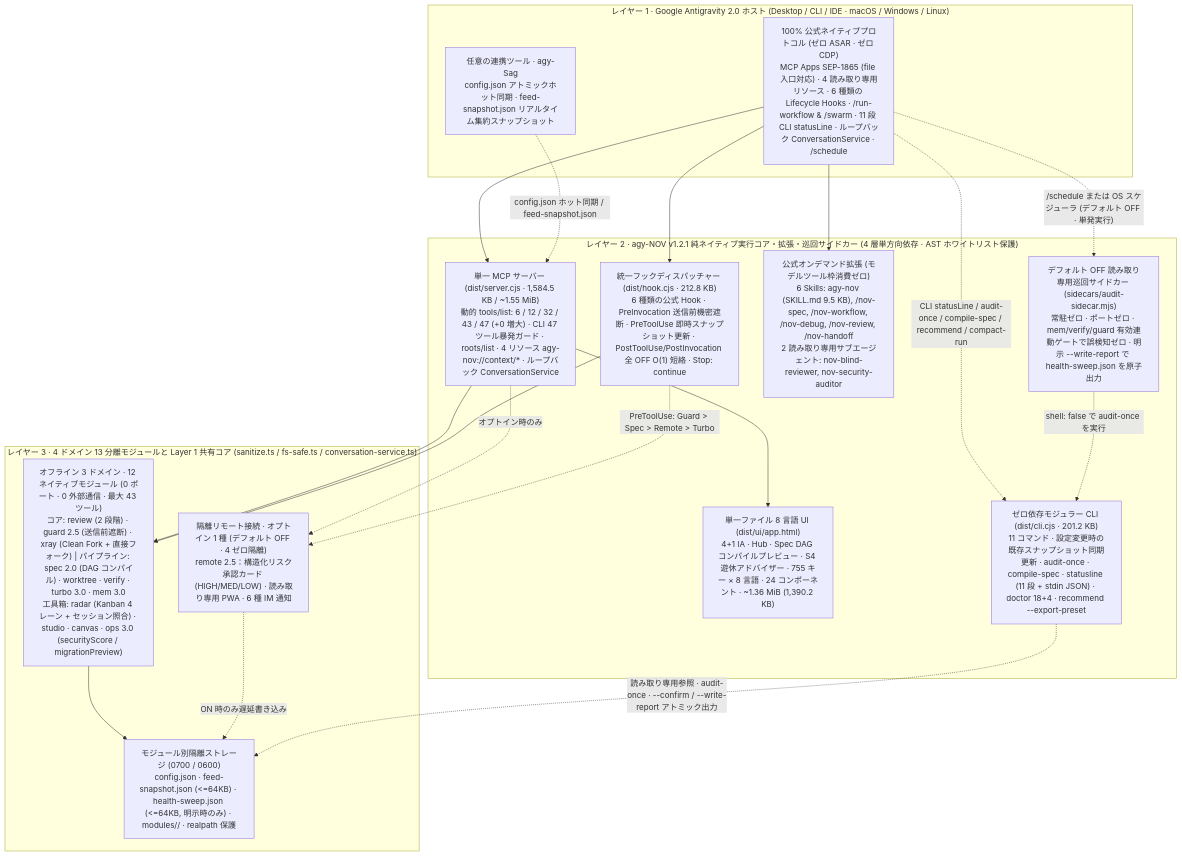
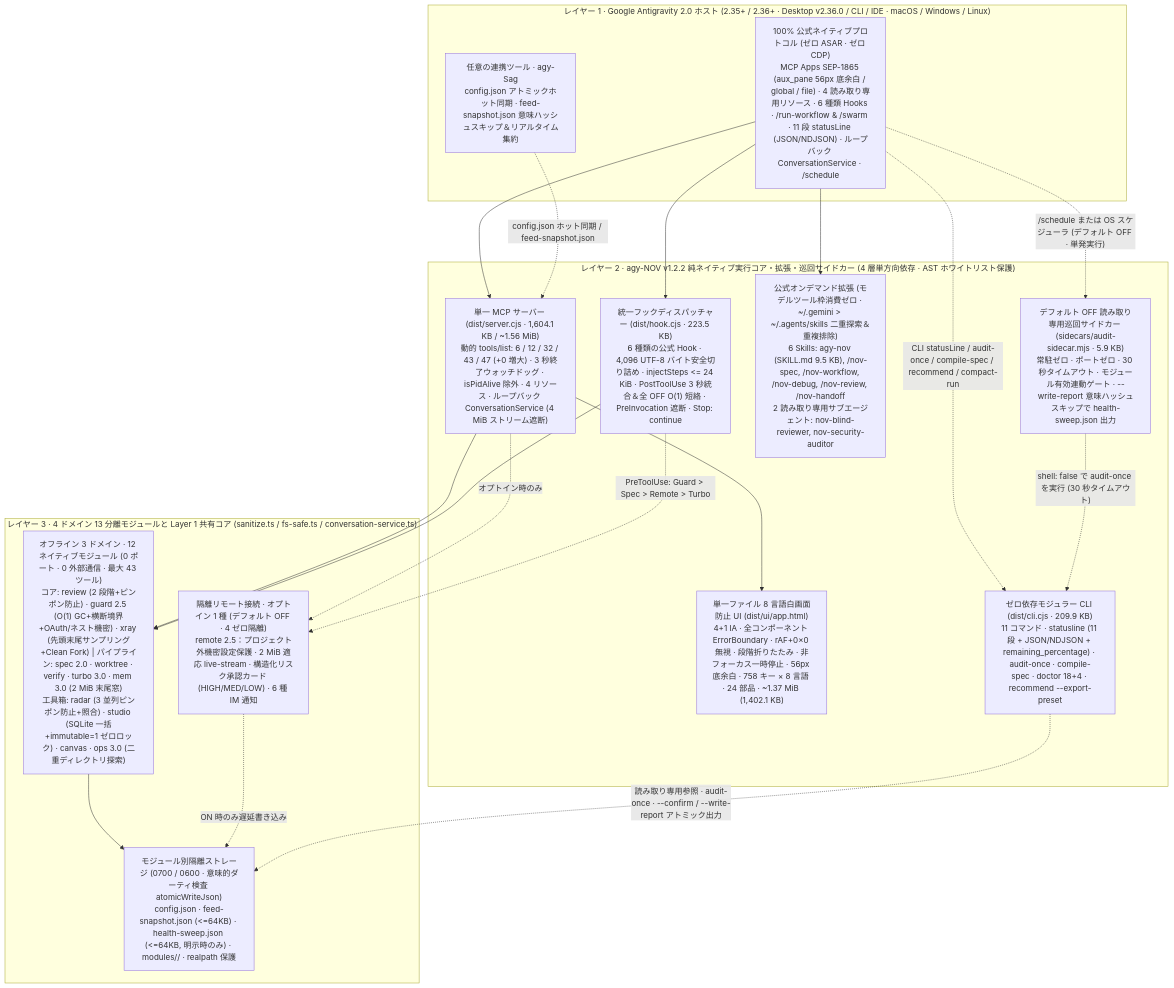
One commit to tone-leh/agy-NOV changed the diagram in docs/i18n/README.ja.md. Above: the diagram before and after it, drawn with Mermaid. The commit also changed other lines of this file and 96 other files, not shown here.

Commit message:
feat(v1.2.2): extreme-load stability hardening, write-storm suppression & Antigravity v2.36.0 compatibility

````diff
--- a/docs/i18n/README.ja.md
+++ b/docs/i18n/README.ja.md
@@ -268,38 +280,38 @@
 ```mermaid
 flowchart TB
-  subgraph L1["レイヤー 1 · Google Antigravity 2.0 ホスト (Desktop / CLI / IDE · macOS / Windows / Linux)"]
-    Host["100% 公式ネイティブプロトコル (ゼロ ASAR · ゼロ CDP)\nMCP Apps SEP-1865 (file 入口対応) · 4 読み取り専用リソース · 6 種類の Lifecycle Hooks · /run-workflow & /swarm · 11 段 CLI statusLine · ループバック ConversationService · /schedule"]
-    Sag["任意の連携ツール · agy-Sag\nconfig.json アトミックホット同期 · feed-snapshot.json リアルタイム集約スナップショット"]
+  subgraph L1["レイヤー 1 · Google Antigravity 2.0 ホスト (2.35+ / 2.36+ · Desktop v2.36.0 / CLI / IDE · macOS / Windows / Linux)"]
+    Host["100% 公式ネイティブプロトコル (ゼロ ASAR · ゼロ CDP)\nMCP Apps SEP-1865 (aux_pane 56px 底余白 / global / file) · 4 読み取り専用リソース · 6 種類 Hooks · /run-workflow & /swarm · 11 段 statusLine (JSON/NDJSON) · ループバック ConversationService · /schedule"]
+    Sag["任意の連携ツール · agy-Sag\nconfig.json アトミックホット同期 · feed-snapshot.json 意味ハッシュスキップ＆リアルタイム集約"]
   end
 
-  subgraph L2["レイヤー 2 · agy-NOV v1.2.1 純ネイティブ実行コア・拡張・巡回サイドカー (4 層単方向依存 · AST ホワイトリスト保護)"]
-    MCP["単一 MCP サーバー (dist/server.cjs · 1,584.5 KB / ~1.55 MiB)\n動的 tools/list: 6 / 12 / 32 / 43 / 47 (+0 増大) · CLI 47 ツール暴発ガード · roots/list · 4 リソース agy-nov://context/* · ループバック ConversationService"]
-    Hook["統一フックディスパッチャー (dist/hook.cjs · 212.8 KB)\n6 種類の公式 Hook · PreInvocation 送信前機密遮断 · PreToolUse 即時スナップショット更新 · PostToolUse/PostInvocation 全 OFF O(1) 短絡 · Stop: continue"]
-    UI["単一ファイル 8 言語 UI (dist/ui/app.html)\n4+1 IA · Hub · Spec DAG コンパイルプレビュー · S4 遊休アドバイザー · 755 キー × 8 言語 · 24 コンポーネント · ~1.36 MiB (1,390.2 KB)"]
-    Ext["公式オンデマンド拡張 (モデルツール枠消費ゼロ)\n6 Skills: agy-nov (SKILL.md 9.5 KB), /nov-spec, /nov-workflow, /nov-debug, /nov-review, /nov-handoff\n2 読み取り専用サブエージェント: nov-blind-reviewer, nov-security-auditor"]
-    CLI["ゼロ依存モジュラー CLI (dist/cli.cjs · 201.2 KB)\n11 コマンド · 設定変更時の既存スナップショット同期更新 · audit-once · compile-spec · statusline (11 段 + stdin JSON) · doctor 18+4 · recommend --export-preset"]
-    Sidecar["デフォルト OFF 読み取り専用巡回サイドカー (sidecars/audit-sidecar.mjs)\n常駐ゼロ · ポートゼロ · mem/verify/guard 有効連動ゲートで誤検知ゼロ · 明示 --write-report で health-sweep.json を原子出力"]
+  subgraph L2["レイヤー 2 · agy-NOV v1.2.2 純ネイティブ実行コア・拡張・巡回サイドカー (4 層単方向依存 · AST ホワイトリスト保護)"]
+    MCP["単一 MCP サーバー (dist/server.cjs · 1,604.1 KB / ~1.56 MiB)\n動的 tools/list: 6 / 12 / 32 / 43 / 47 (+0 増大) · 3 秒終了ウォッチドッグ · isPidAlive 除外 · 4 リソース · ループバック ConversationService (4 MiB ストリーム遮断)"]
+    Hook["統一フックディスパッチャー (dist/hook.cjs · 223.5 KB)\n6 種類の公式 Hook · 4,096 UTF-8 バイト安全切り詰め · injectSteps <= 24 KiB · PostToolUse 3 秒統合＆全 OFF O(1) 短絡 · PreInvocation 遮断 · Stop: continue"]
+    UI["単一ファイル 8 言語白画面防止 UI (dist/ui/app.html)\n4+1 IA · 全コンポーネント ErrorBoundary · rAF+0×0 無視 · 段階折りたたみ · 非フォーカス一時停止 · 56px 底余白 · 758 キー × 8 言語 · 24 部品 · ~1.37 MiB (1,402.1 KB)"]
+    Ext["公式オンデマンド拡張 (モデルツール枠消費ゼロ · ~/.gemini > ~/.agents/skills 二重探索＆重複排除)\n6 Skills: agy-nov (SKILL.md 9.5 KB), /nov-spec, /nov-workflow, /nov-debug, /nov-review, /nov-handoff\n2 読み取り専用サブエージェント: nov-blind-reviewer, nov-security-auditor"]
+    CLI["ゼロ依存モジュラー CLI (dist/cli.cjs · 209.9 KB)\n11 コマンド · statusline (11 段 + JSON/NDJSON + remaining_percentage) · audit-once · compile-spec · doctor 18+4 · recommend --export-preset"]
+    Sidecar["デフォルト OFF 読み取り専用巡回サイドカー (sidecars/audit-sidecar.mjs · 5.9 KB)\n常駐ゼロ · ポートゼロ · 30 秒タイムアウト · モジュール有効連動ゲート · --write-report 意味ハッシュスキップで health-sweep.json 出力"]
   end
 
   subgraph L3["レイヤー 3 · 4 ドメイン 13 分離モジュールと Layer 1 共有コア (sanitize.ts / fs-safe.ts / conversation-service.ts)"]
-    T1["オフライン 3 ドメイン · 12 ネイティブモジュール (0 ポート · 0 外部通信 · 最大 43 ツール)\nコア: review (2 段階) · guard 2.5 (送信前遮断) · xray (Clean Fork + 直接フォーク) | パイプライン: spec 2.0 (DAG コンパイル) · worktree · verify · turbo 3.0 · mem 3.0\n工具箱: radar (Kanban 4 レーン + セッション照合) · studio · canvas · ops 3.0 (securityScore / migrationPreview)"]
-    T2R["隔離リモート接続 · オプトイン 1 種 (デフォルト OFF · 4 ゼロ隔離)\nremote 2.5：構造化リスク承認カード (HIGH/MED/LOW) · 読み取り専用 PWA · 6 種 IM 通知"]
-    Store["モジュール別隔離ストレージ (0700 / 0600)\nconfig.json · feed-snapshot.json (<=64KB) · health-sweep.json (<=64KB, 明示時のみ) · modules/<id>/ · realpath 保護"]
+    T1["オフライン 3 ドメイン · 12 ネイティブモジュール (0 ポート · 0 外部通信 · 最大 43 ツール)\nコア: review (2 段階+ピンポン防止) · guard 2.5 (O(1) GC+横断境界+OAuth/ネスト機密) · xray (先頭末尾サンプリング+Clean Fork) | パイプライン: spec 2.0 · worktree · verify · turbo 3.0 · mem 3.0 (2 MiB 末尾窓)\n工具箱: radar (3 並列ピンポン防止+照合) · studio (SQLite 一括+immutable=1 ゼロロック) · canvas · ops 3.0 (二重ディレクトリ探索)"]
+    T2R["隔離リモート接続 · オプトイン 1 種 (デフォルト OFF · 4 ゼロ隔離)\nremote 2.5：プロジェクト外機密設定保護 · 2 MiB 適応 live-stream · 構造化リスク承認カード (HIGH/MED/LOW) · 6 種 IM 通知"]
+    Store["モジュール別隔離ストレージ (0700 / 0600 · 意味的ダーティ検査 atomicWriteJson)\nconfig.json · feed-snapshot.json (<=64KB) · health-sweep.json (<=64KB, 明示時のみ) · modules/<id>/ · realpath 保護"]
   end
 
   Host --> MCP
   Host --> Hook
   Host --> Ext
   Host -. "CLI statusLine / audit-once / compile-spec / recommend / compact-run" .-> CLI
   Host -. "/schedule または OS スケジューラ (デフォルト OFF · 単発実行)" .-> Sidecar
-  Sidecar -. "shell: false で audit-once を実行" .-> CLI
+  Sidecar -. "shell: false で audit-once を実行 (30 秒タイムアウト)" .-> CLI
   Sag -. "config.json ホット同期 / feed-snapshot.json" .-> MCP
   MCP --> UI
   MCP --> T1
   MCP -. "オプトイン時のみ" .-> T2R
   Hook --> T1
   Hook -. "PreToolUse: Guard > Spec > Remote > Turbo" .-> T2R
   T1 --> Store
   T2R -. "ON 時のみ遅延書き込み" .-> Store
   CLI -. "読み取り専用参照 · audit-once · --confirm / --write-report アトミック出力" .-> Store
 ```
````
